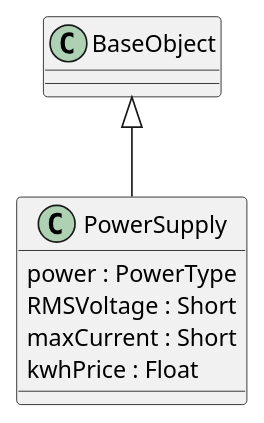
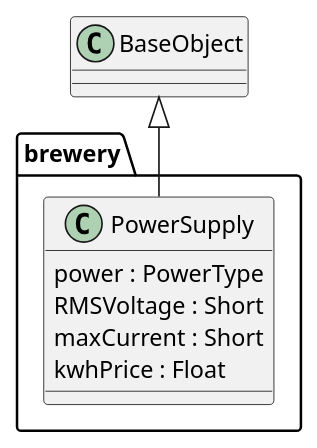
The diagram in src/class/include/powerSupply.iuml (beerfactory/brewbox-uml), drawn with PlantUML before and after one commit. The commit also changed 32 other files, not shown here.

```diff
--- a/src/class/include/powerSupply.iuml
+++ b/src/class/include/powerSupply.iuml
@@ -1,8 +1,9 @@
-class PowerSupply {
-	power : PowerType
-	RMSVoltage : Short
-	maxCurrent : Short
-	kwhPrice : Float
+package brewery {
+	class PowerSupply {
+		power : PowerType
+		RMSVoltage : Short
+		maxCurrent : Short
+		kwhPrice : Float
+	}
 }
-
 BaseObject <|-- PowerSupply
```
